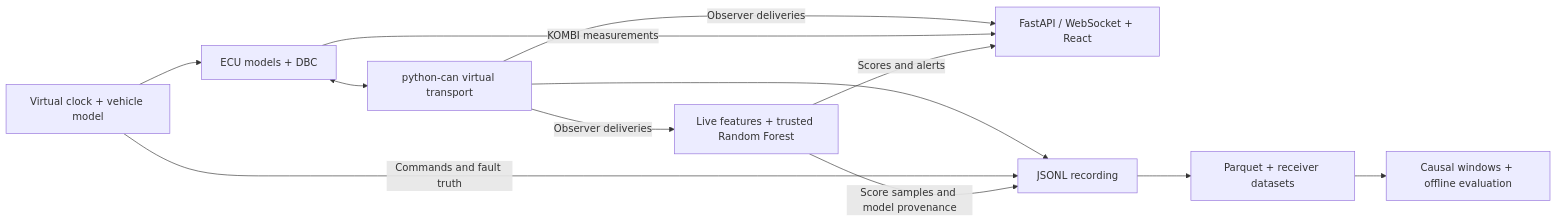
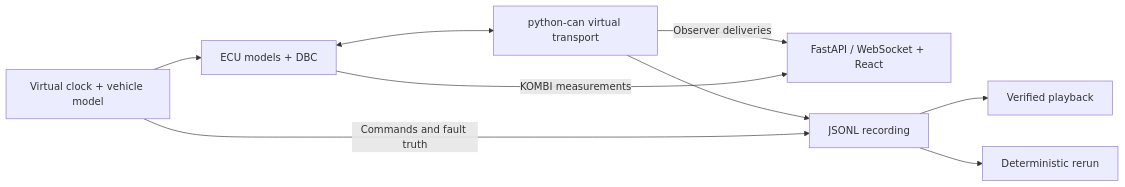
Before and after one commit to cryptoadya/autocan-studio: the diagram in README.md, drawn with Mermaid. The commit also changed other lines of this file and 2 other files, not shown here.

````diff
--- a/README.md
+++ b/README.md
@@ -48,14 +39,11 @@
 ```mermaid
 flowchart LR
     Sim["Virtual clock + vehicle model"] --> ECU["ECU models + DBC"]
     ECU <--> CAN["python-can virtual transport"]
     CAN -->|Observer deliveries| Dash["FastAPI / WebSocket + React"]
     ECU -->|KOMBI measurements| Dash
     CAN --> Trace["JSONL recording"]
     Sim -->|Commands and fault truth| Trace
-    Trace --> Data["Parquet + receiver datasets"]
-    Data --> Eval["Causal windows + offline evaluation"]
-    CAN -->|Observer deliveries| Live["Live features + trusted Random Forest"]
-    Live -->|Scores and alerts| Dash
-    Live -->|Score samples and model provenance| Trace
+    Trace --> Playback["Verified playback"]
+    Trace --> Rerun["Deterministic rerun"]
 ```
````
